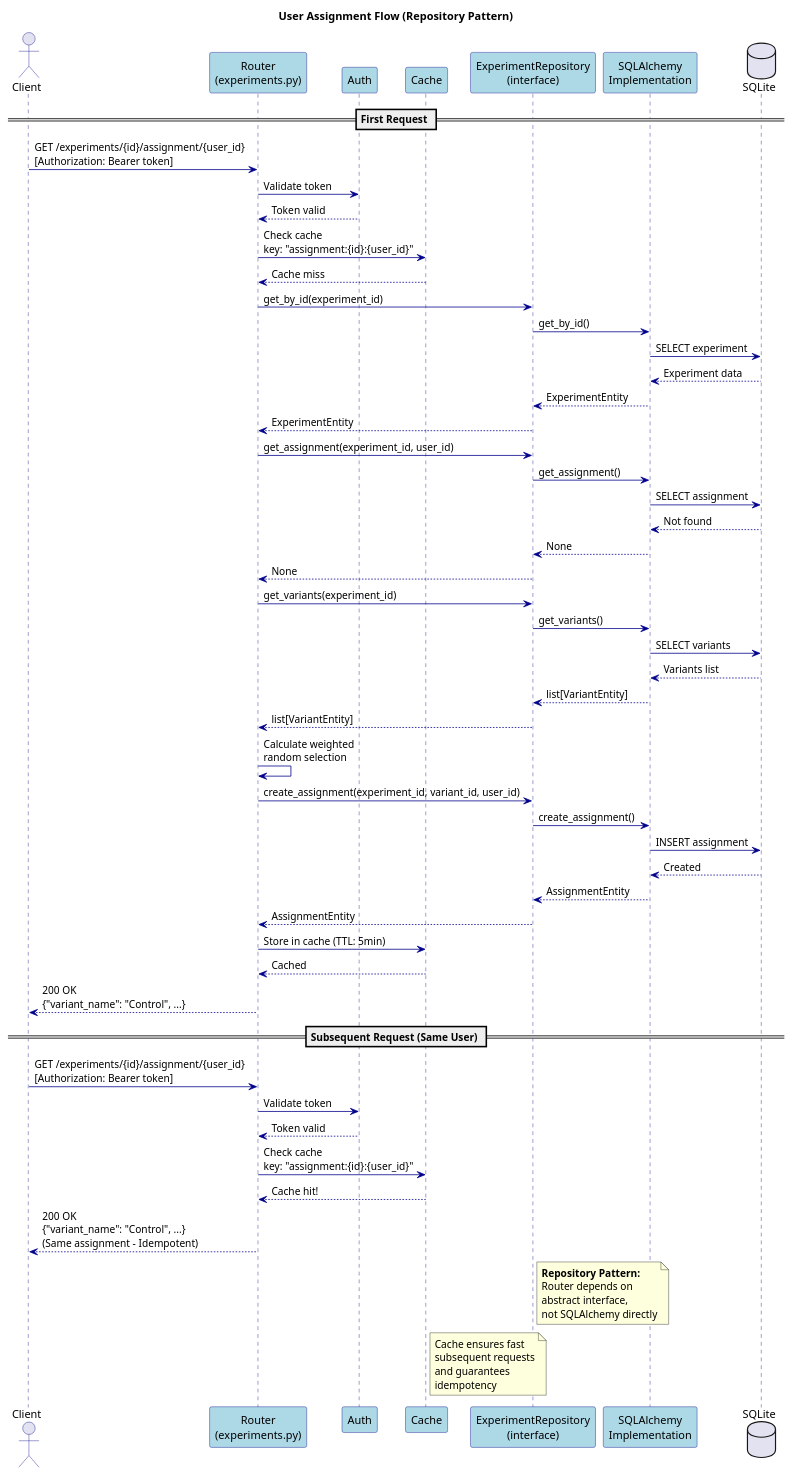
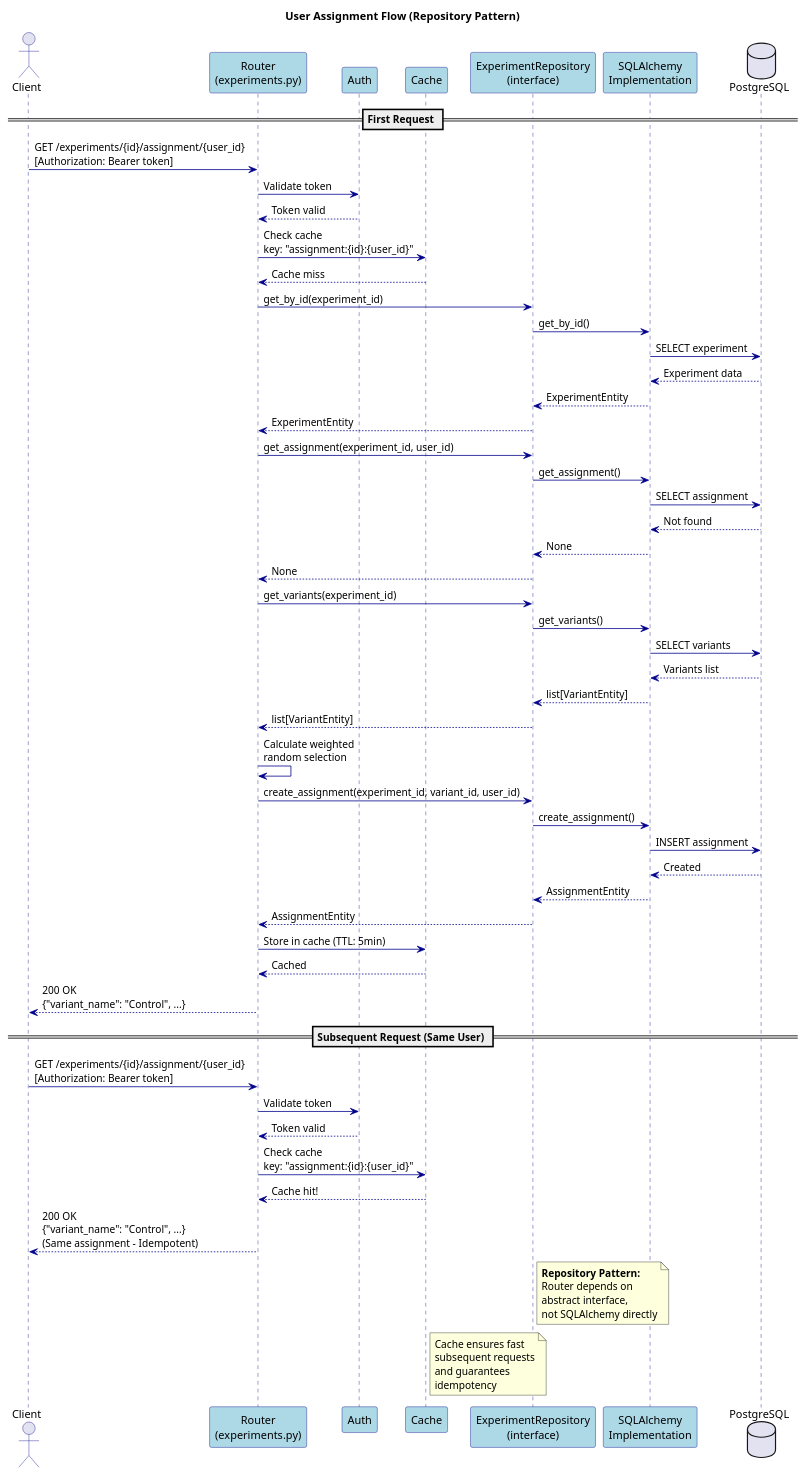
Before and after one commit to huangyingw/neonblue_ab_testing_api: the diagram in docs/diagrams/assignment-sequence.puml, drawn with PlantUML. The commit also changed 4 other files, not shown here.

First line of the commit message:
Update PlantUML diagrams for PostgreSQL and Repository pattern

```diff
--- a/docs/diagrams/assignment-sequence.puml
+++ b/docs/diagrams/assignment-sequence.puml
@@ -1,91 +1,91 @@
 @startuml Assignment Sequence
 
 skinparam backgroundColor white
 skinparam sequence {
     ArrowColor DarkBlue
     ActorBorderColor DarkBlue
     LifeLineBorderColor DarkBlue
     ParticipantBackgroundColor LightBlue
     ParticipantBorderColor DarkBlue
 }
 
 title User Assignment Flow (Repository Pattern)
 
 actor Client
 participant "Router\n(experiments.py)" as Router
 participant "Auth" as Auth
 participant "Cache" as Cache
 participant "ExperimentRepository\n(interface)" as Repo
 participant "SQLAlchemy\nImplementation" as Impl
-database "SQLite" as DB
+database "PostgreSQL" as DB
 
 == First Request ==
 
 Client -> Router : GET /experiments/{id}/assignment/{user_id}\n[Authorization: Bearer token]
 Router -> Auth : Validate token
 Auth --> Router : Token valid
 
 Router -> Cache : Check cache\nkey: "assignment:{id}:{user_id}"
 Cache --> Router : Cache miss
 
 Router -> Repo : get_by_id(experiment_id)
 Repo -> Impl : get_by_id()
 Impl -> DB : SELECT experiment
 DB --> Impl : Experiment data
 Impl --> Repo : ExperimentEntity
 Repo --> Router : ExperimentEntity
 
 Router -> Repo : get_assignment(experiment_id, user_id)
 Repo -> Impl : get_assignment()
 Impl -> DB : SELECT assignment
 DB --> Impl : Not found
 Impl --> Repo : None
 Repo --> Router : None
 
 Router -> Repo : get_variants(experiment_id)
 Repo -> Impl : get_variants()
 Impl -> DB : SELECT variants
 DB --> Impl : Variants list
 Impl --> Repo : list[VariantEntity]
 Repo --> Router : list[VariantEntity]
 
 Router -> Router : Calculate weighted\nrandom selection
 
 Router -> Repo : create_assignment(experiment_id, variant_id, user_id)
 Repo -> Impl : create_assignment()
 Impl -> DB : INSERT assignment
 DB --> Impl : Created
 Impl --> Repo : AssignmentEntity
 Repo --> Router : AssignmentEntity
 
 Router -> Cache : Store in cache (TTL: 5min)
 Cache --> Router : Cached
 
 Router --> Client : 200 OK\n{"variant_name": "Control", ...}
 
 == Subsequent Request (Same User) ==
 
 Client -> Router : GET /experiments/{id}/assignment/{user_id}\n[Authorization: Bearer token]
 Router -> Auth : Validate token
 Auth --> Router : Token valid
 
 Router -> Cache : Check cache\nkey: "assignment:{id}:{user_id}"
 Cache --> Router : Cache hit!
 
 Router --> Client : 200 OK\n{"variant_name": "Control", ...}\n(Same assignment - Idempotent)
 
 note right of Repo
   **Repository Pattern:**
   Router depends on
   abstract interface,
   not SQLAlchemy directly
 end note
 
 note right of Cache
   Cache ensures fast
   subsequent requests
   and guarantees
   idempotency
 end note
 
 @enduml
```
